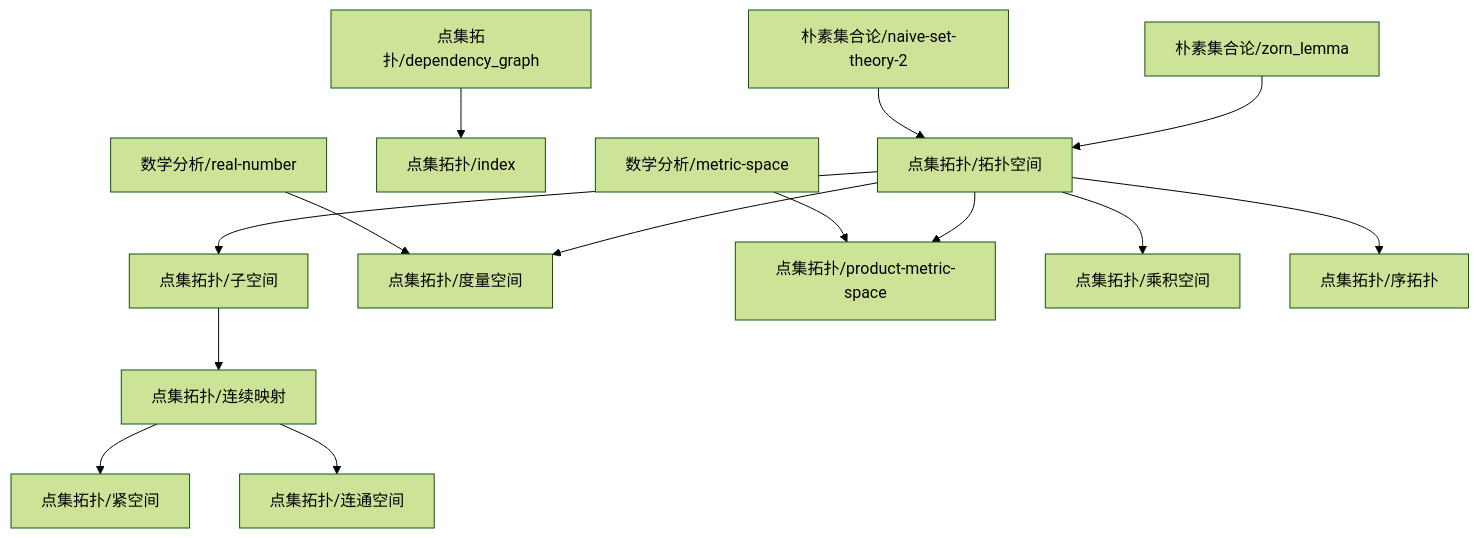
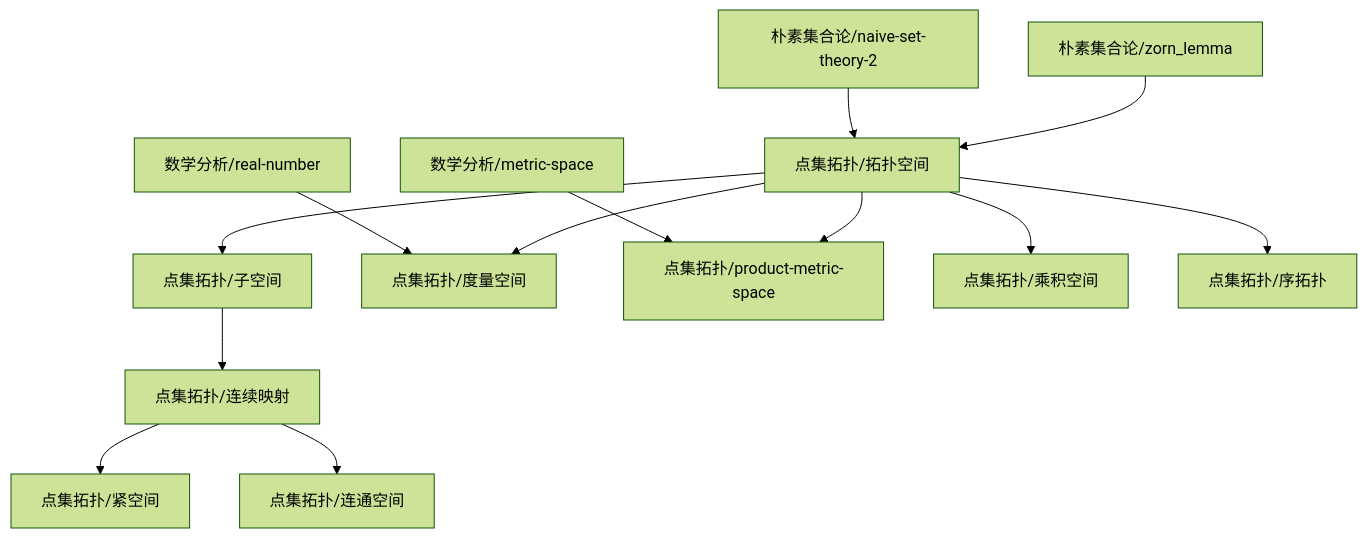
The diagram in content/点集拓扑/dependency_graph.md (zeroDtree/zeroDtree.github.io), drawn with Mermaid (forest theme) before and after one commit. The commit also changed 17 other files, not shown here.

````diff
--- a/content/点集拓扑/dependency_graph.md
+++ b/content/点集拓扑/dependency_graph.md
@@ -1,16 +1,15 @@
 ```mermaid
 graph TD
 1["朴素集合论/naive-set-theory-2"] --> 0["点集拓扑/拓扑空间"]
 2["朴素集合论/zorn_lemma"] --> 0["点集拓扑/拓扑空间"]
 4["点集拓扑/子空间"] --> 3["点集拓扑/连续映射"]
-6["点集拓扑/dependency_graph"] --> 5["点集拓扑/index"]
 0["点集拓扑/拓扑空间"] --> 4["点集拓扑/子空间"]
-8["数学分析/real-number"] --> 7["点集拓扑/度量空间"]
-0["点集拓扑/拓扑空间"] --> 7["点集拓扑/度量空间"]
-3["点集拓扑/连续映射"] --> 9["点集拓扑/紧空间"]
-11["数学分析/metric-space"] --> 10["点集拓扑/product-metric-space"]
-0["点集拓扑/拓扑空间"] --> 10["点集拓扑/product-metric-space"]
-3["点集拓扑/连续映射"] --> 12["点集拓扑/连通空间"]
-0["点集拓扑/拓扑空间"] --> 13["点集拓扑/乘积空间"]
-0["点集拓扑/拓扑空间"] --> 14["点集拓扑/序拓扑"]
+7["数学分析/real-number"] --> 6["点集拓扑/度量空间"]
+0["点集拓扑/拓扑空间"] --> 6["点集拓扑/度量空间"]
+3["点集拓扑/连续映射"] --> 8["点集拓扑/紧空间"]
+10["数学分析/metric-space"] --> 9["点集拓扑/product-metric-space"]
+0["点集拓扑/拓扑空间"] --> 9["点集拓扑/product-metric-space"]
+3["点集拓扑/连续映射"] --> 11["点集拓扑/连通空间"]
+0["点集拓扑/拓扑空间"] --> 12["点集拓扑/乘积空间"]
+0["点集拓扑/拓扑空间"] --> 13["点集拓扑/序拓扑"]
 ```
````
